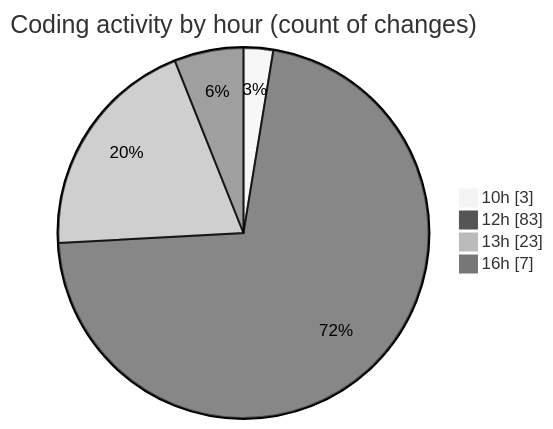
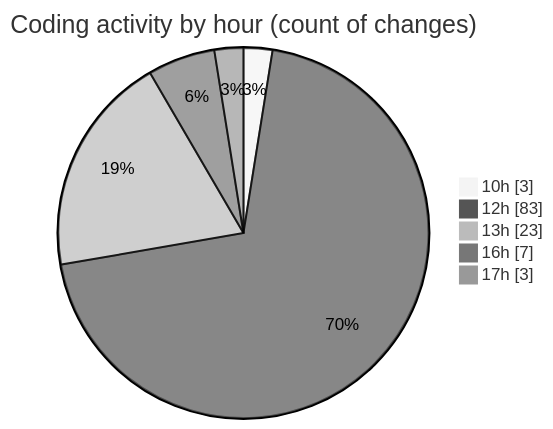
One commit to nxtqubesakshisongat/code-tracking changed the second of 2 diagrams in 2025-05-27/nxtqube_webapp/README.md. Above: the diagram before and after it, drawn with Mermaid (neutral theme). The commit also changed other lines of this file and 1 other file, not shown here.

````diff
--- a/2025-05-27/nxtqube_webapp/README.md
+++ b/2025-05-27/nxtqube_webapp/README.md
@@ -31,8 +33,9 @@
 ```mermaid
 pie showData
 title Coding activity by hour (count of changes)
 "10h" : 3
 "12h" : 83
 "13h" : 23
 "16h" : 7
+"17h" : 3
 ```
````
